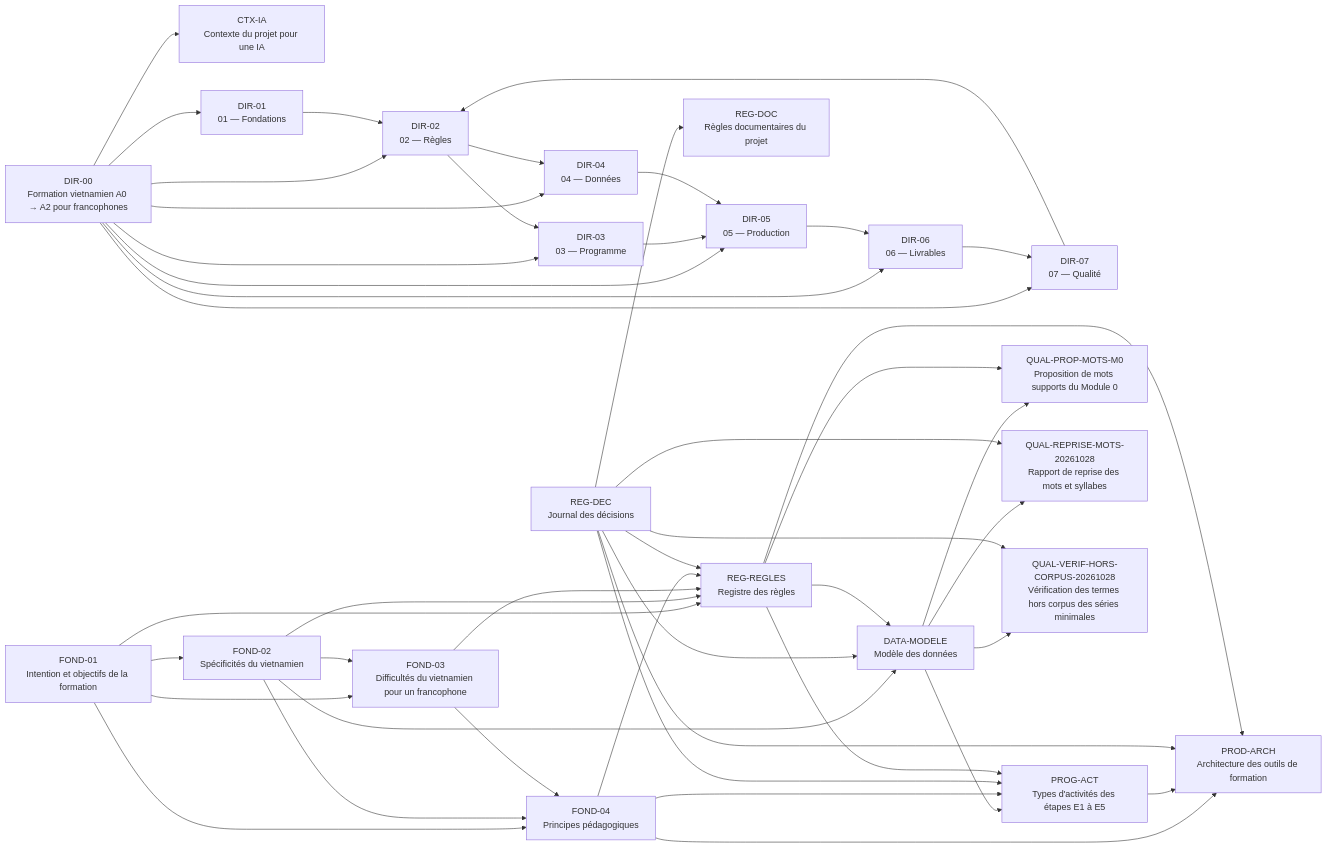
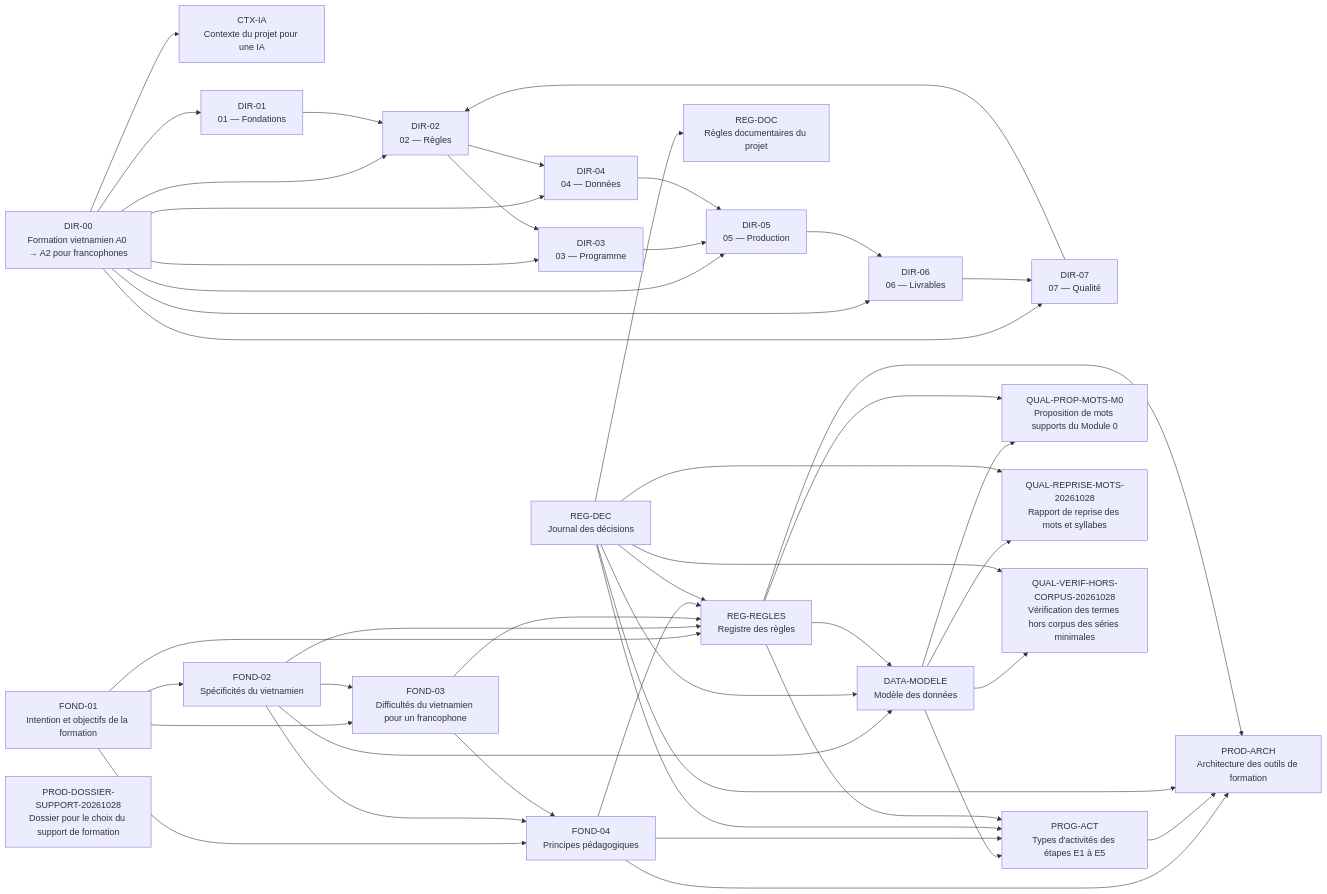
The diagram in CARTE_DOCUMENTAIRE.md (cappleinouest-lang/viet-project), drawn with Mermaid before and after one commit. The commit also changed other lines of this file and 12 other files, not shown here.

Commit message:
Etiquettes E2-E3 (DEC-0028, DEC-0029), test PhoWhisper, dossier de choix du support, correction de build_doc_map.py

````diff
--- a/CARTE_DOCUMENTAIRE.md
+++ b/CARTE_DOCUMENTAIRE.md
@@ -21,70 +21,71 @@
 ```mermaid
 graph LR
   CTX_IA["CTX-IA<br/>Contexte du projet pour une IA"]
   DATA_MODELE["DATA-MODELE<br/>Modèle des données"]
   DIR_00["DIR-00<br/>Formation vietnamien A0 → A2 pour francophones"]
   DIR_01["DIR-01<br/>01 — Fondations"]
   DIR_02["DIR-02<br/>02 — Règles"]
   DIR_03["DIR-03<br/>03 — Programme"]
   DIR_04["DIR-04<br/>04 — Données"]
   DIR_05["DIR-05<br/>05 — Production"]
   DIR_06["DIR-06<br/>06 — Livrables"]
   DIR_07["DIR-07<br/>07 — Qualité"]
   FOND_01["FOND-01<br/>Intention et objectifs de la formation"]
   FOND_02["FOND-02<br/>Spécificités du vietnamien"]
   FOND_03["FOND-03<br/>Difficultés du vietnamien pour un francophone"]
   FOND_04["FOND-04<br/>Principes pédagogiques"]
   PROD_ARCH["PROD-ARCH<br/>Architecture des outils de formation"]
+  PROD_DOSSIER_SUPPORT_20261028["PROD-DOSSIER-SUPPORT-20261028<br/>Dossier pour le choix du support de formation"]
   PROG_ACT["PROG-ACT<br/>Types d'activités des étapes E1 à E5"]
   QUAL_PROP_MOTS_M0["QUAL-PROP-MOTS-M0<br/>Proposition de mots supports du Module 0"]
   QUAL_REPRISE_MOTS_20261028["QUAL-REPRISE-MOTS-20261028<br/>Rapport de reprise des mots et syllabes"]
   QUAL_VERIF_HORS_CORPUS_20261028["QUAL-VERIF-HORS-CORPUS-20261028<br/>Vérification des termes hors corpus des séries minimales"]
   REG_DEC["REG-DEC<br/>Journal des décisions"]
   REG_DOC["REG-DOC<br/>Règles documentaires du projet"]
   REG_REGLES["REG-REGLES<br/>Registre des règles"]
   DATA_MODELE --> PROG_ACT
   DATA_MODELE --> QUAL_PROP_MOTS_M0
   DATA_MODELE --> QUAL_REPRISE_MOTS_20261028
   DATA_MODELE --> QUAL_VERIF_HORS_CORPUS_20261028
   DIR_00 --> CTX_IA
   DIR_00 --> DIR_01
   DIR_00 --> DIR_02
   DIR_00 --> DIR_03
   DIR_00 --> DIR_04
   DIR_00 --> DIR_05
   DIR_00 --> DIR_06
   DIR_00 --> DIR_07
   DIR_01 --> DIR_02
   DIR_02 --> DIR_03
   DIR_02 --> DIR_04
   DIR_03 --> DIR_05
   DIR_04 --> DIR_05
   DIR_05 --> DIR_06
   DIR_06 --> DIR_07
   DIR_07 --> DIR_02
   FOND_01 --> FOND_02
   FOND_01 --> FOND_03
   FOND_01 --> FOND_04
   FOND_01 --> REG_REGLES
   FOND_02 --> DATA_MODELE
   FOND_02 --> FOND_03
   FOND_02 --> FOND_04
   FOND_02 --> REG_REGLES
   FOND_03 --> FOND_04
   FOND_03 --> REG_REGLES
   FOND_04 --> PROD_ARCH
   FOND_04 --> PROG_ACT
   FOND_04 --> REG_REGLES
   PROG_ACT --> PROD_ARCH
   REG_DEC --> DATA_MODELE
   REG_DEC --> PROD_ARCH
   REG_DEC --> PROG_ACT
   REG_DEC --> QUAL_REPRISE_MOTS_20261028
   REG_DEC --> QUAL_VERIF_HORS_CORPUS_20261028
   REG_DEC --> REG_DOC
   REG_DEC --> REG_REGLES
   REG_REGLES --> DATA_MODELE
   REG_REGLES --> PROD_ARCH
   REG_REGLES --> PROG_ACT
   REG_REGLES --> QUAL_PROP_MOTS_M0
 ```
````
